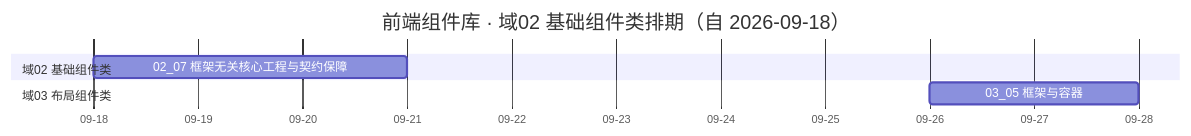
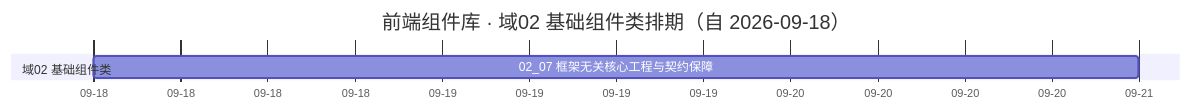
Before and after one commit to minjian123/basic-management-system: the diagram in bms文档/项目/04_前端组件库/计划/01_计划_前端组件库.md, drawn with Mermaid. The commit also changed other lines of this file and 4 other files, not shown here.

````diff
--- a/bms文档/项目/04_前端组件库/计划/01_计划_前端组件库.md
+++ b/bms文档/项目/04_前端组件库/计划/01_计划_前端组件库.md
@@ -42,10 +42,9 @@
 ```mermaid
 gantt
     title 前端组件库 · 域02 基础组件类排期（自 2026-09-18）
     dateFormat  YYYY-MM-DD
     axisFormat %m-%d
     section 域02 基础组件类
     02_07 框架无关核心工程与契约保障 :a07, 2026-09-18, 3d
     section 域03 布局组件类
-    03_05 框架与容器                 :b05, 2026-09-26, 2d
 ```
````
